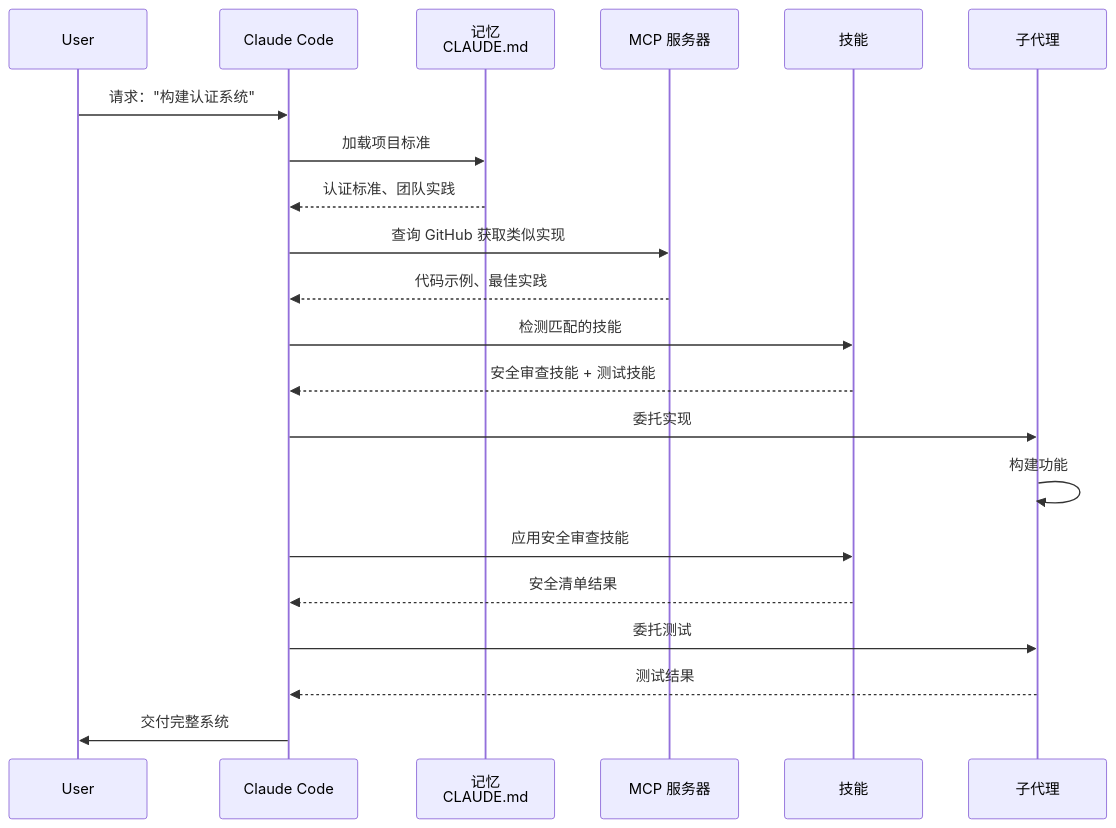
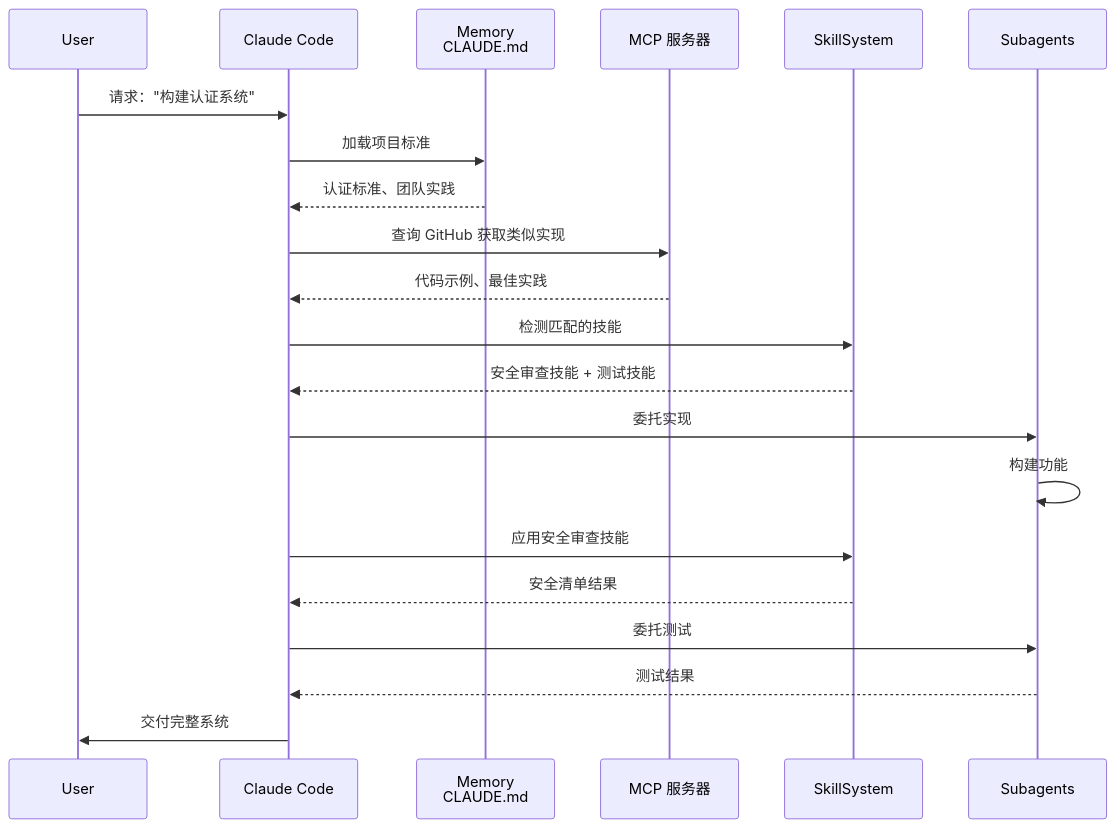
Diagram 29 of 31 in claude_concepts_guide.md (Rx782-Fss/claude-howto-zh), drawn with Mermaid before and after one commit. The commit also changed other lines of this file and 4 other files, not shown here.

Commit message:
fix: sequenceDiagram participant as 中文别名改为英文避免 GitHub 渲染失败

````diff
--- a/claude_concepts_guide.md
+++ b/claude_concepts_guide.md
@@ -2685,24 +2685,24 @@
 ```mermaid
 sequenceDiagram
     participant User
     participant Claude as Claude Code
-    participant Memory as 记忆<br/>CLAUDE.md
+    participant Memory as Memory<br/>CLAUDE.md
     participant MCP as MCP 服务器
-    participant Skills as 技能
-    participant SubAgent as 子代理
+    participant Skills as SkillSystem
+    participant SubAgent as Subagents
 
     User->>Claude: 请求："构建认证系统"
     Claude->>Memory: 加载项目标准
     Memory-->>Claude: 认证标准、团队实践
     Claude->>MCP: 查询 GitHub 获取类似实现
     MCP-->>Claude: 代码示例、最佳实践
     Claude->>Skills: 检测匹配的技能
     Skills-->>Claude: 安全审查技能 + 测试技能
     Claude->>SubAgent: 委托实现
     SubAgent->>SubAgent: 构建功能
     Claude->>Skills: 应用安全审查技能
     Skills-->>Claude: 安全清单结果
     Claude->>SubAgent: 委托测试
     SubAgent-->>Claude: 测试结果
     Claude->>User: 交付完整系统
 ```
````
